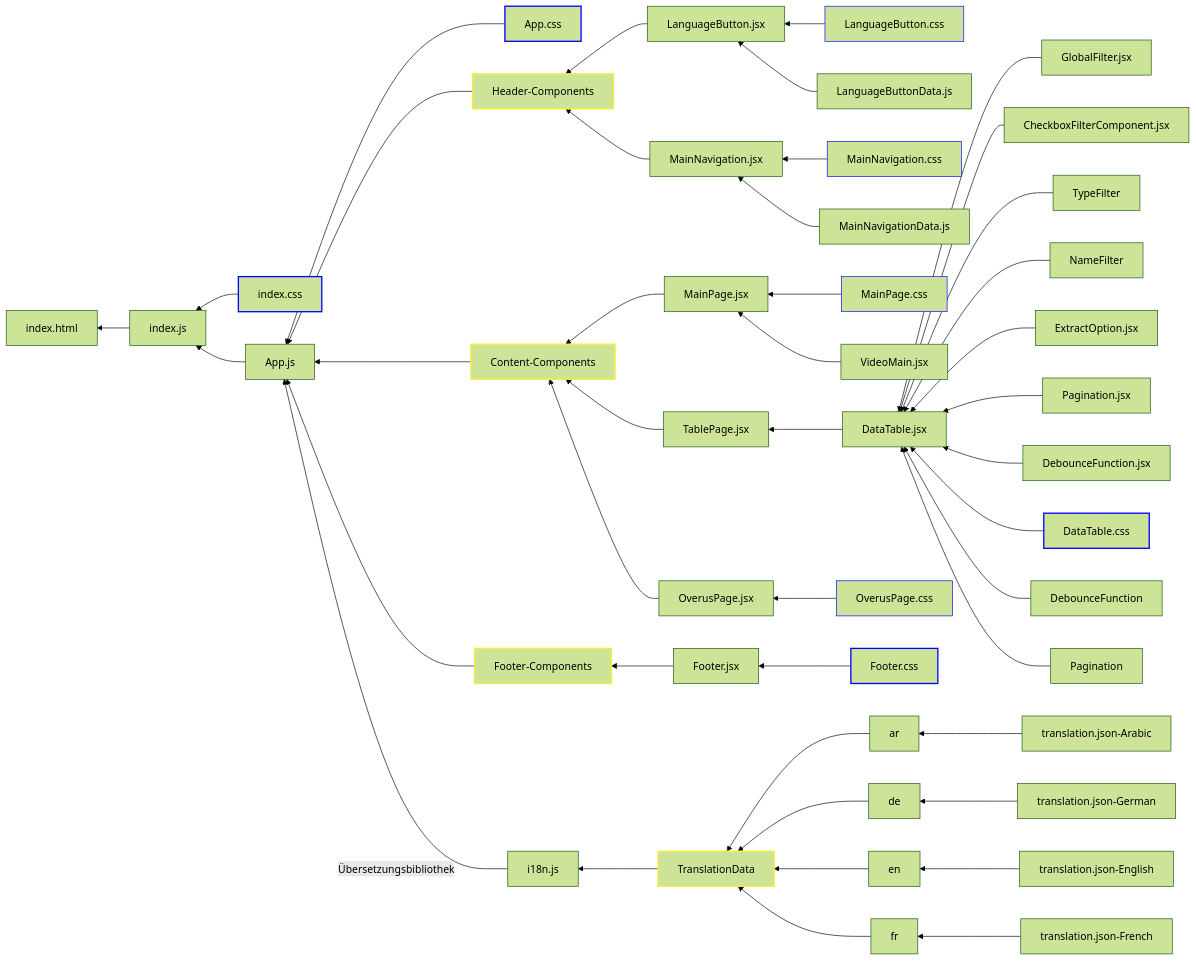
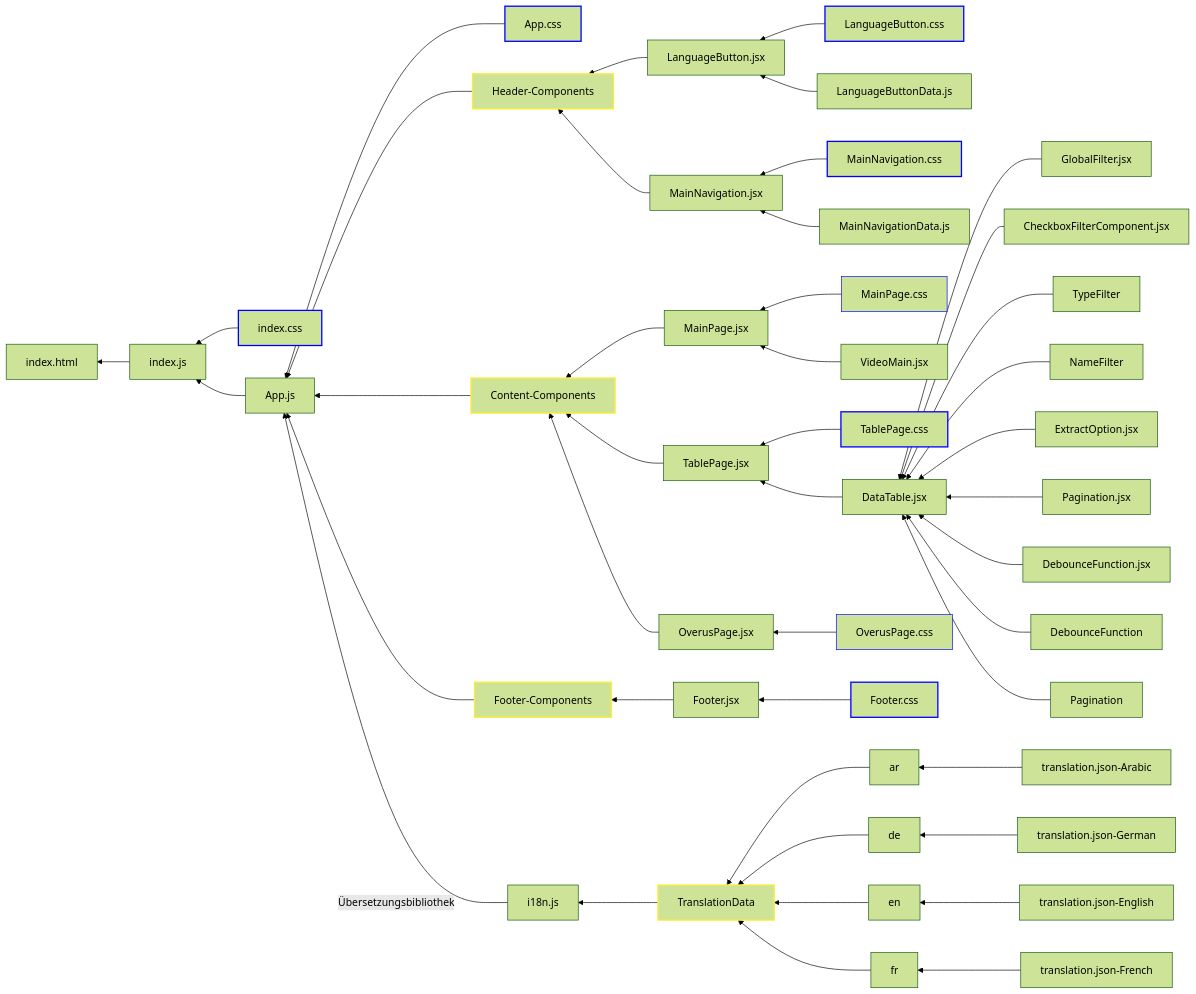
The diagram in README.md (FlorianBoehler/IPWA01), drawn with Mermaid (forest theme) before and after one commit. The commit also changed 15 other files, not shown here.

````diff
--- a/README.md
+++ b/README.md
@@ -2,71 +2,71 @@
 ```mermaid
 
 
 graph RL;
     index.js-->index.html;
     index.css-->index.js;
     style index.css stroke:#0000FF,stroke-width:2px
 
     App.js-->index.js;
     App.css-->App.js;
     style App.css stroke:#0000FF,stroke-width:2px
 
     Header-Components-->App.js;
     style Header-Components stroke:#ffeb3b,stroke-width:2px
 
     LanguageButton.jsx-->Header-Components;
     LanguageButton.css-->LanguageButton.jsx;
-    style LanguageButton.css stroke:#0000FF
+    style LanguageButton.css stroke:#0000FF,stroke-width:2px
     LanguageButtonData.js-->LanguageButton.jsx;
 
     MainNavigation.jsx-->Header-Components;
     MainNavigation.css-->MainNavigation.jsx;
-    style MainNavigation.css stroke:#0000FF
+    style MainNavigation.css stroke:#0000FF,stroke-width:2px
     MainNavigationData.js-->MainNavigation.jsx;
 
     Content-Components-->App.js;
     style Content-Components stroke:#ffeb3b,stroke-width:2px
 
     MainPage.jsx-->Content-Components;
     MainPage.css-->MainPage.jsx;
     style MainPage.css stroke:#0000FF
     VideoMain.jsx-->MainPage.jsx;
 
     TablePage.jsx-->Content-Components;
+    TablePage.css-->TablePage.jsx;
+    style TablePage.css stroke:#0000FF,stroke-width:2px
     DataTable.jsx-->TablePage.jsx;
     GlobalFilter.jsx-->DataTable.jsx;
     CheckboxFilterComponent.jsx-->DataTable.jsx;
     TypeFilter-->DataTable.jsx;
     NameFilter-->DataTable.jsx;
     ExtractOption.jsx-->DataTable.jsx;
     Pagination.jsx-->DataTable.jsx;
     DebounceFunction.jsx-->DataTable.jsx;;
-    DataTable.css-->DataTable.jsx;;
-    style DataTable.css stroke:#0000FF,stroke-width:2px
     DebounceFunction-->DataTable.jsx;
     Pagination-->DataTable.jsx;
 
 
     OverusPage.jsx-->Content-Components;
     OverusPage.css-->OverusPage.jsx;
     style OverusPage.css stroke:#0000FF
 
     Footer-Components-->App.js;
     style Footer-Components stroke:#ffeb3b,stroke-width:2px
     Footer.jsx-->Footer-Components;
     Footer.css-->Footer.jsx;
     style Footer.css stroke:#0000FF,stroke-width:2px
 
     i18n.js-->|Übersetzungsbibliothek|App.js;
     TranslationData-->i18n.js;
     style TranslationData stroke:#ffeb3b,stroke-width:2px
     ar-->TranslationData;
     translation.json-Arabic-->ar;
     de-->TranslationData;
     translation.json-German-->de;
     en-->TranslationData;
     translation.json-English-->en;
     fr-->TranslationData;
     translation.json-French-->fr;
     
 ```
````
